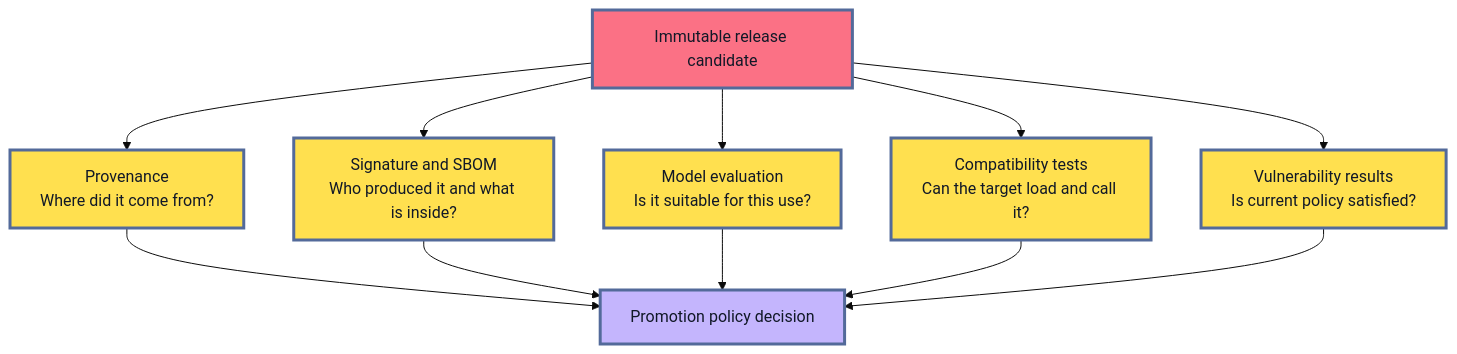
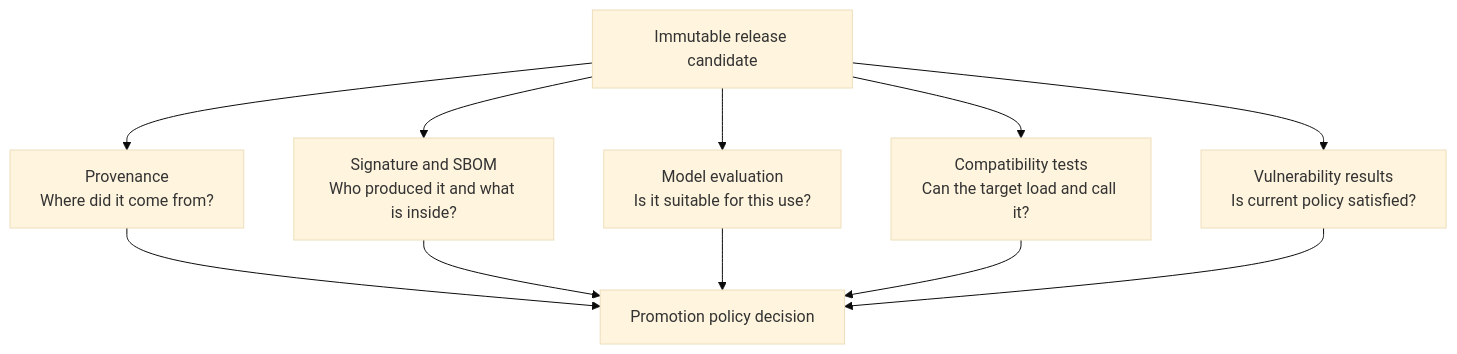
One commit to senlinyy/dev-roadmaps changed the third of 7 diagrams in roadmaps/mlops/modules/deployment-and-release-management/model-release-basics/03-artifact-promotion.md. Above: the diagram before and after it, drawn with Mermaid (base theme). The commit also changed other lines of this file and 152 other files, not shown here.

Commit message:
feat: mlops and diagrams updated

````diff
--- a/roadmaps/mlops/modules/deployment-and-release-management/model-release-basics/03-artifact-promotion.md
+++ b/roadmaps/mlops/modules/deployment-and-release-management/model-release-basics/03-artifact-promotion.md
@@ -146,20 +140,17 @@
 ```mermaid
 flowchart TD
     A["Immutable release candidate"] --> P["Provenance<br/>Where did it come from?"]
     A --> S["Signature and SBOM<br/>Who produced it and what is inside?"]
     A --> Q["Model evaluation<br/>Is it suitable for this use?"]
     A --> C["Compatibility tests<br/>Can the target load and call it?"]
     A --> V["Vulnerability results<br/>Is current policy satisfied?"]
     P --> G["Promotion policy decision"]
     S --> G
     Q --> G
     C --> G
     V --> G
 
-    classDef subject fill:#FB7185,stroke:#536A9A,stroke-width:3px,color:#111827
-    classDef evidence fill:#FFE04F,stroke:#536A9A,stroke-width:3px,color:#111827
-    classDef decision fill:#C4B5FD,stroke:#536A9A,stroke-width:3px,color:#111827
     class A subject
     class P,S,Q,C,V evidence
     class G decision
 ```
````
